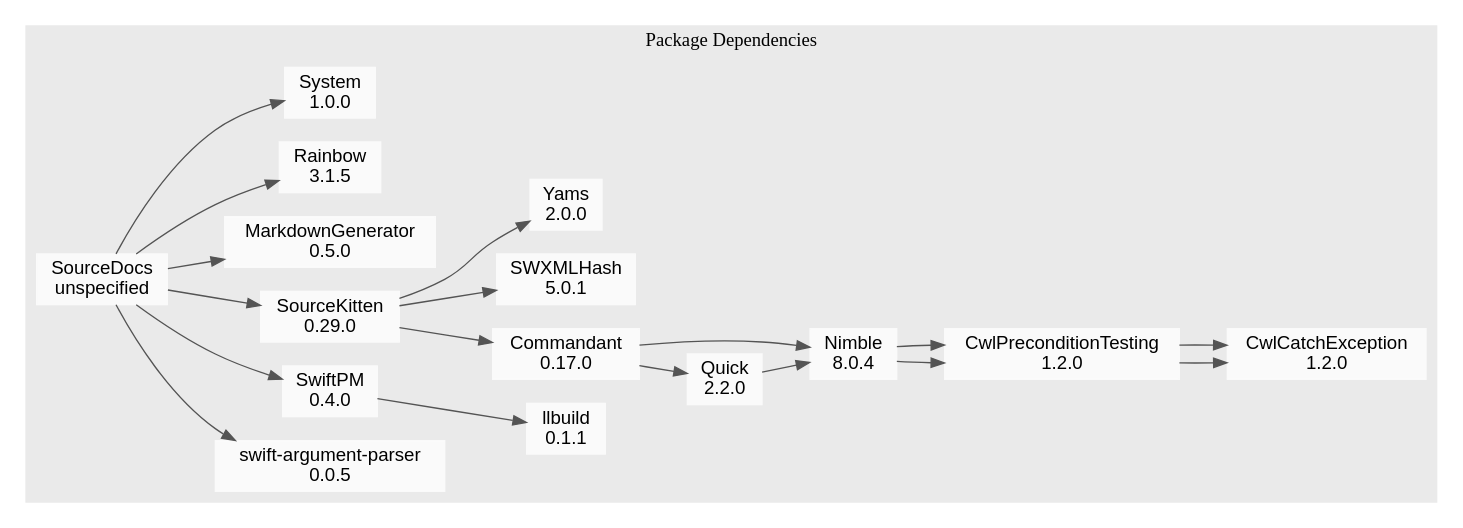
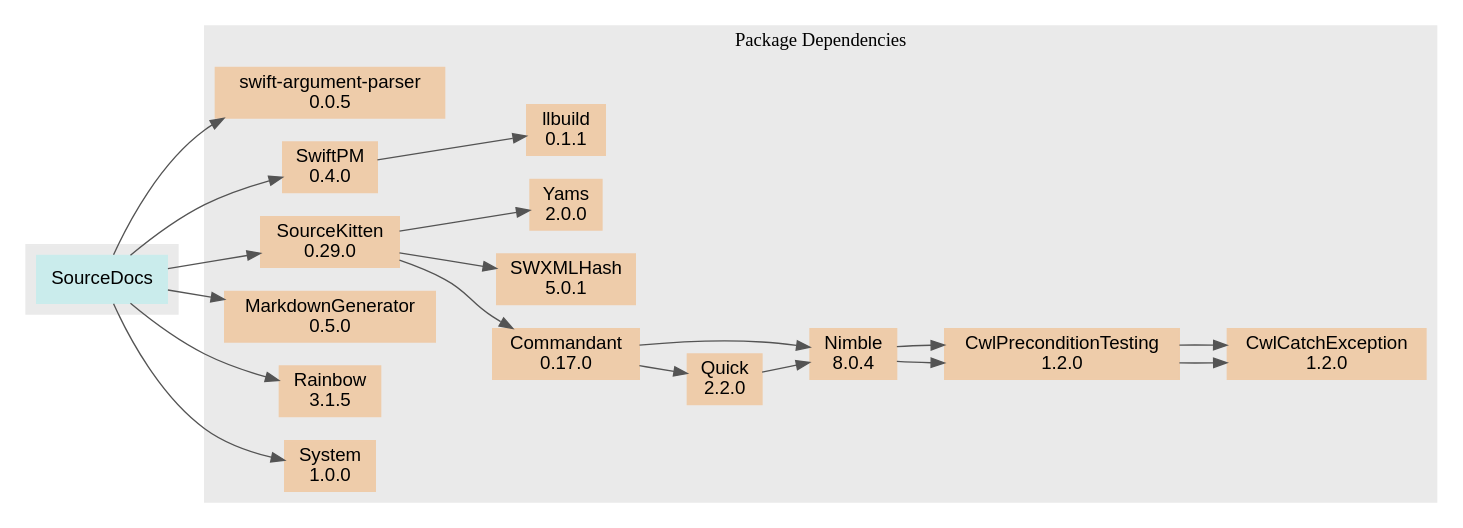
The diagram in docs/PackageDependencies.dot (SourceDocs/SourceDocs), drawn with Graphviz before and after one commit. The commit also changed 9 other files, not shown here.

```diff
--- a/docs/PackageDependencies.dot
+++ b/docs/PackageDependencies.dot
@@ -1,27 +1,33 @@
 digraph PackageDependencyGraph {
     rankdir = LR
     graph [fontname="Helvetica-light", style = filled, color = "#eaeaea"]
-    node [shape=box, fontname="Helvetica", style=filled, color="#fafafa"]
+    node [shape=box, fontname="Helvetica", style=filled]
     edge [color="#545454"]
 
-    subgraph cluster {
+    subgraph clusterPackage {
+        node [color="#caecec"]
+        "SourceDocs"
+    }
+
+    subgraph clusterDependencies {
         label = "Package Dependencies"
-        "SourceDocs\nunspecified" -> "swift-argument-parser\n0.0.5"
-        "SourceDocs\nunspecified" -> "SwiftPM\n0.4.0"
-        "SourceDocs\nunspecified" -> "SourceKitten\n0.29.0"
-        "SourceDocs\nunspecified" -> "MarkdownGenerator\n0.5.0"
-        "SourceDocs\nunspecified" -> "Rainbow\n3.1.5"
-        "SourceDocs\nunspecified" -> "System\n1.0.0"
+        node [color="#eeccaa"]
+        "SourceDocs" -> "swift-argument-parser\n0.0.5"
+        "SourceDocs" -> "SwiftPM\n0.4.0"
+        "SourceDocs" -> "SourceKitten\n0.29.0"
+        "SourceDocs" -> "MarkdownGenerator\n0.5.0"
+        "SourceDocs" -> "Rainbow\n3.1.5"
+        "SourceDocs" -> "System\n1.0.0"
         "SwiftPM\n0.4.0" -> "llbuild\n0.1.1"
         "SourceKitten\n0.29.0" -> "Commandant\n0.17.0"
         "SourceKitten\n0.29.0" -> "SWXMLHash\n5.0.1"
         "SourceKitten\n0.29.0" -> "Yams\n2.0.0"
         "Commandant\n0.17.0" -> "Quick\n2.2.0"
         "Commandant\n0.17.0" -> "Nimble\n8.0.4"
         "Quick\n2.2.0" -> "Nimble\n8.0.4"
         "Nimble\n8.0.4" -> "CwlPreconditionTesting\n1.2.0"
         "CwlPreconditionTesting\n1.2.0" -> "CwlCatchException\n1.2.0"
         "Nimble\n8.0.4" -> "CwlPreconditionTesting\n1.2.0"
         "CwlPreconditionTesting\n1.2.0" -> "CwlCatchException\n1.2.0"
     }
 }
```
